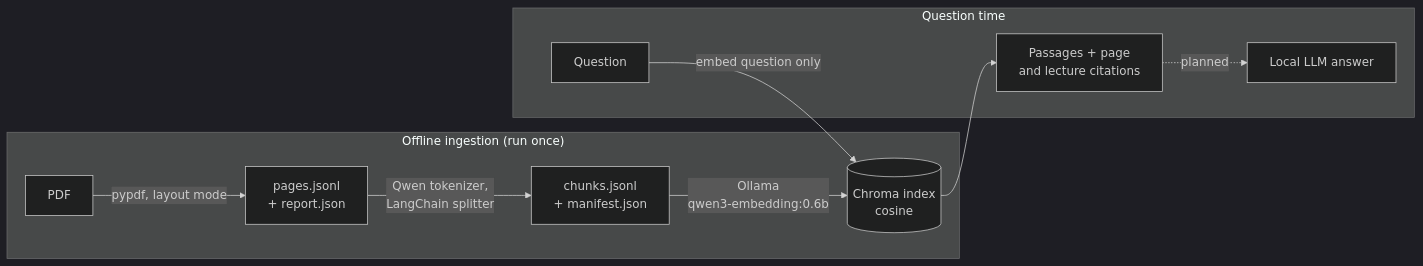
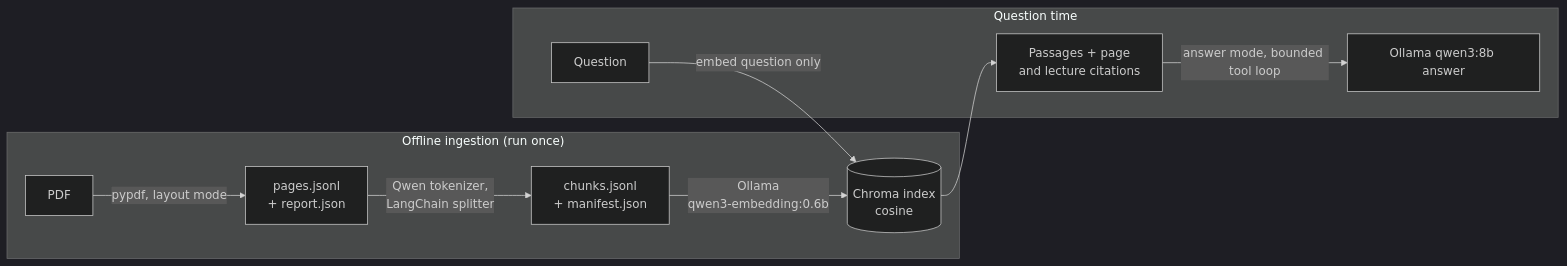
One commit to Geodego/spinoza-rag changed the diagram in README.md. Above: the diagram before and after it, drawn with Mermaid (dark theme). The commit also changed other lines of this file and 9 other files, not shown here.

````diff
--- a/README.md
+++ b/README.md
@@ -38,13 +38,13 @@
 ```mermaid
 flowchart LR
     subgraph offline["Offline ingestion (run once)"]
         A[PDF] -->|pypdf, layout mode| B[pages.jsonl<br/>+ report.json]
         B -->|Qwen tokenizer,<br/>LangChain splitter| C[chunks.jsonl<br/>+ manifest.json]
         C -->|Ollama<br/>qwen3-embedding:0.6b| D[(Chroma index<br/>cosine)]
     end
     subgraph query["Question time"]
         Q[Question] -->|embed question only| D
         D --> R[Passages + page<br/>and lecture citations]
-        R -.->|planned| L[Local LLM answer]
+        R -->|answer mode, bounded tool loop| L[Ollama qwen3:8b answer]
     end
 ```
````
